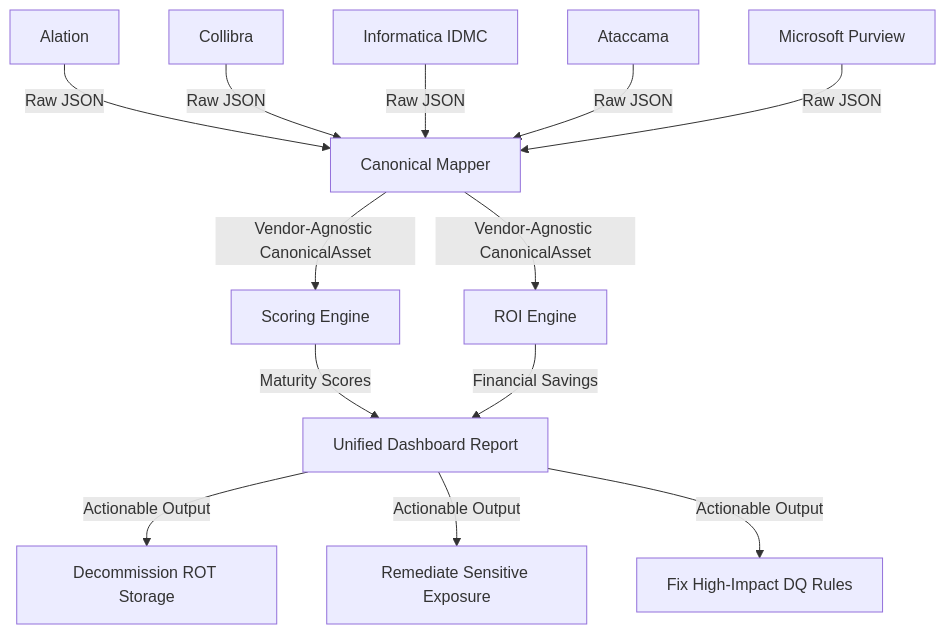
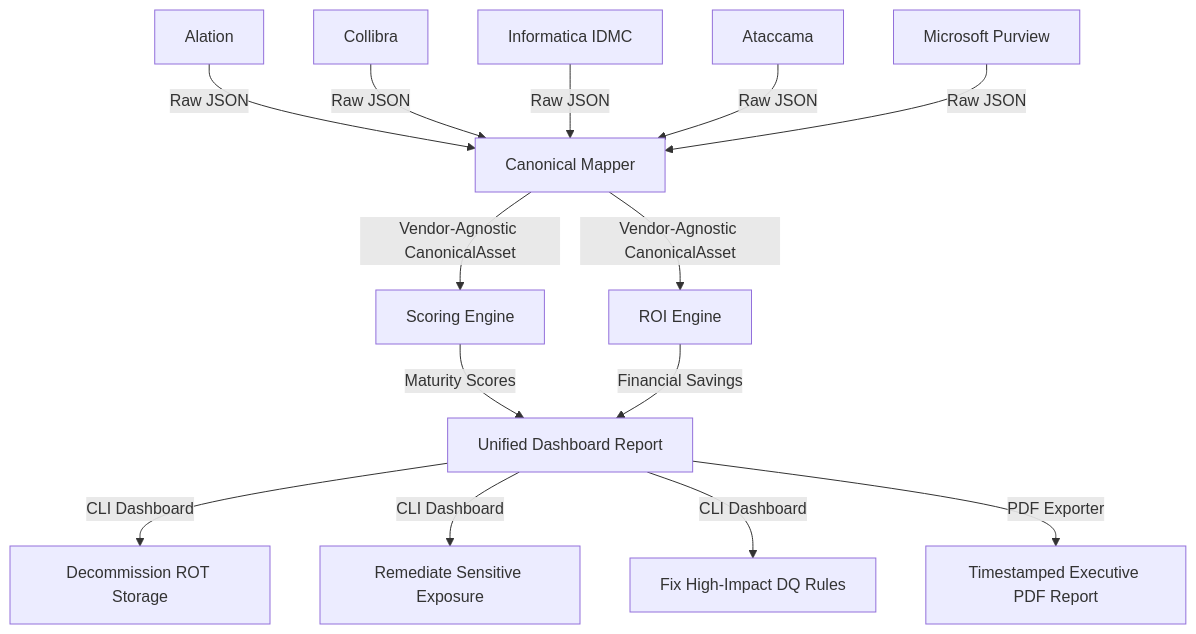
One commit to yashbhagde/AI-powered-DG-ROI-Optimization-Accelerator changed the diagram in README.md. Above: the diagram before and after it, drawn with Mermaid. The commit also changed other lines of this file and 17 other files, not shown here.

Commit message:
feat: scale mock metadata generators, update demo mapping, and add executive PDF assessment reporting

````diff
--- a/README.md
+++ b/README.md
@@ -15,18 +16,19 @@
 ```mermaid
 graph TD
     A[Alation] -->|Raw JSON| F[Canonical Mapper]
     B[Collibra] -->|Raw JSON| F
     C[Informatica IDMC] -->|Raw JSON| F
     D[Ataccama] -->|Raw JSON| F
     E[Microsoft Purview] -->|Raw JSON| F
     
     F -->|Vendor-Agnostic CanonicalAsset| G[Scoring Engine]
     F -->|Vendor-Agnostic CanonicalAsset| H[ROI Engine]
     
     G -->|Maturity Scores| I[Unified Dashboard Report]
     H -->|Financial Savings| I
     
-    I -->|Actionable Output| J[Decommission ROT Storage]
-    I -->|Actionable Output| K[Remediate Sensitive Exposure]
-    I -->|Actionable Output| L[Fix High-Impact DQ Rules]
+    I -->|CLI Dashboard| J[Decommission ROT Storage]
+    I -->|CLI Dashboard| K[Remediate Sensitive Exposure]
+    I -->|CLI Dashboard| L[Fix High-Impact DQ Rules]
+    I -->|PDF Exporter| M[Timestamped Executive PDF Report]
 ```
````
